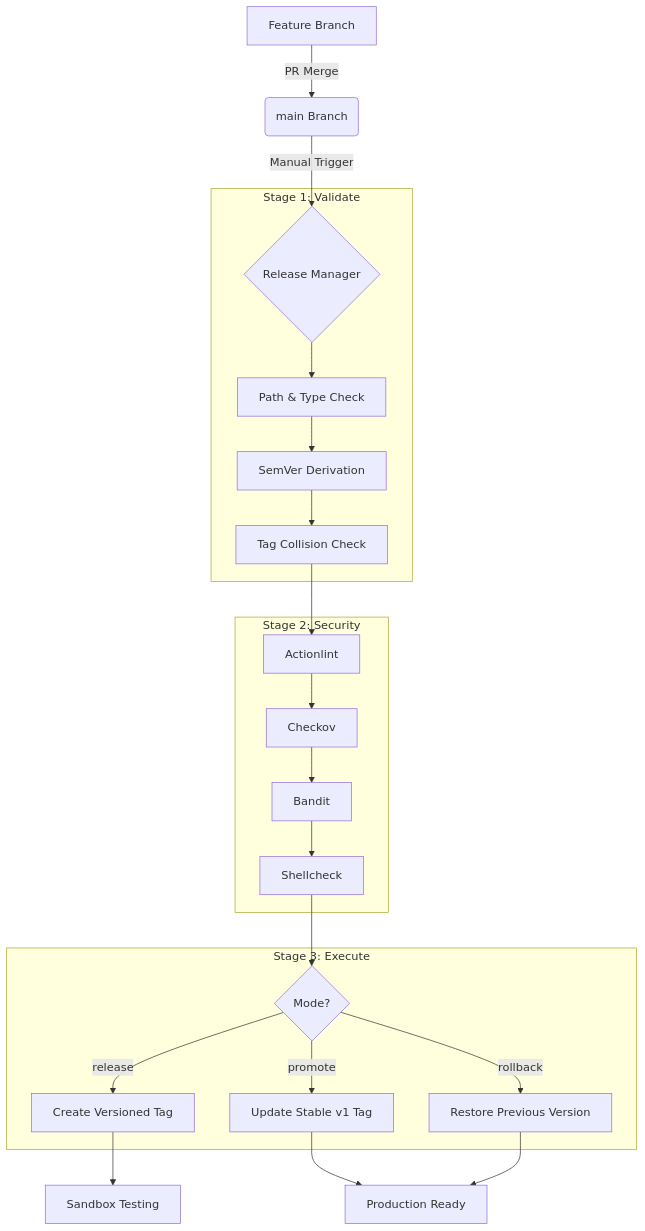
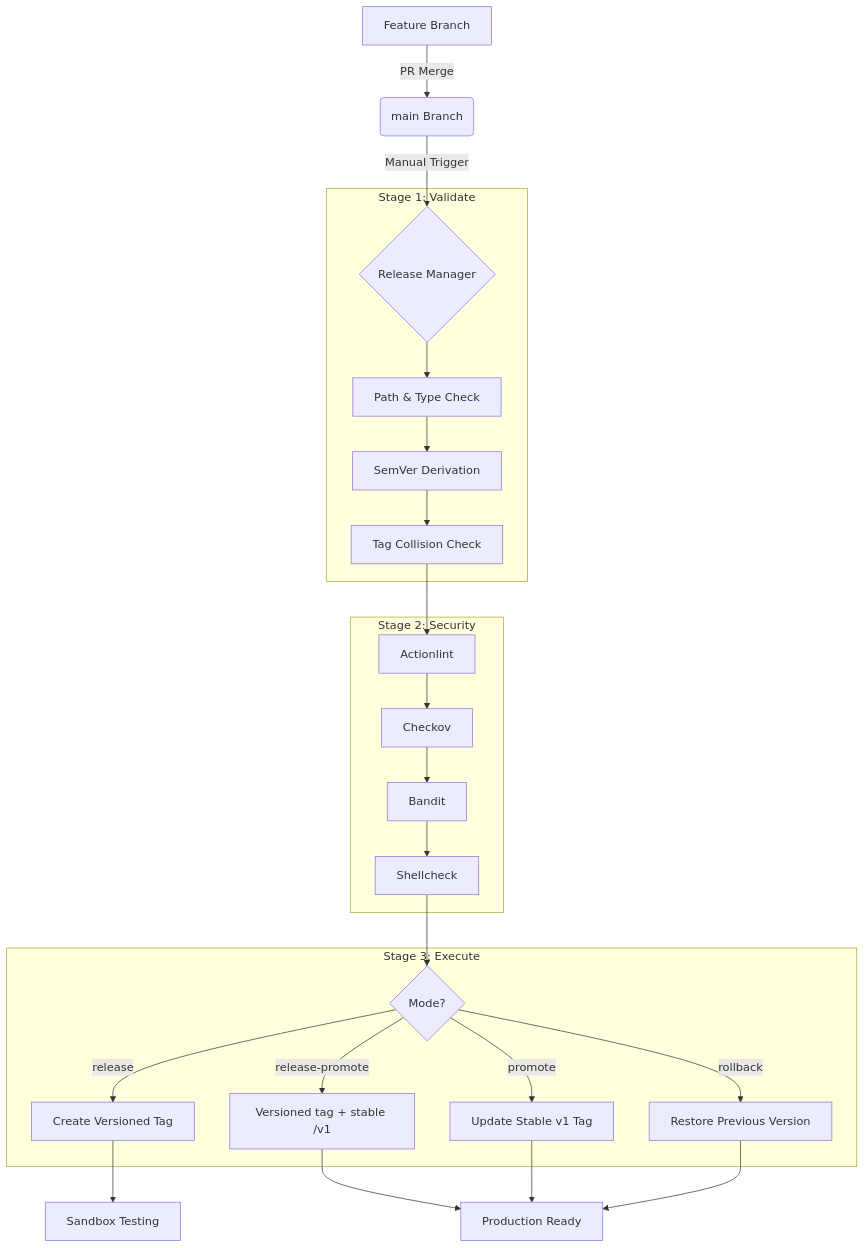
The first of 2 diagrams in README.md (ravichandrapatel/gha-reusable-actions-workflows), drawn with Mermaid before and after one commit. The commit also changed other lines of this file and 172 other files, not shown here.

````diff
--- a/README.md
+++ b/README.md
@@ -9,29 +9,31 @@
 ```mermaid
 graph TD
     A[Feature Branch] -->|PR Merge| B(main Branch)
     B -->|Manual Trigger| C{Release Manager}
     
     subgraph "Stage 1: Validate"
     C --> D[Path & Type Check]
     D --> E[SemVer Derivation]
     E --> F[Tag Collision Check]
     end
     
     subgraph "Stage 2: Security"
     F --> G[Actionlint]
     G --> H[Checkov]
     H --> I[Bandit]
     I --> J[Shellcheck]
     end
     
     subgraph "Stage 3: Execute"
     J --> K{Mode?}
     K -->|release| L[Create Versioned Tag]
+    K -->|release-promote| Q[Versioned tag + stable /v1]
     K -->|promote| M[Update Stable v1 Tag]
     K -->|rollback| N[Restore Previous Version]
     end
     
     L --> O[Sandbox Testing]
-    M --> P[Production Ready]
+    Q --> P[Production Ready]
+    M --> P
     N --> P
 ```
````
